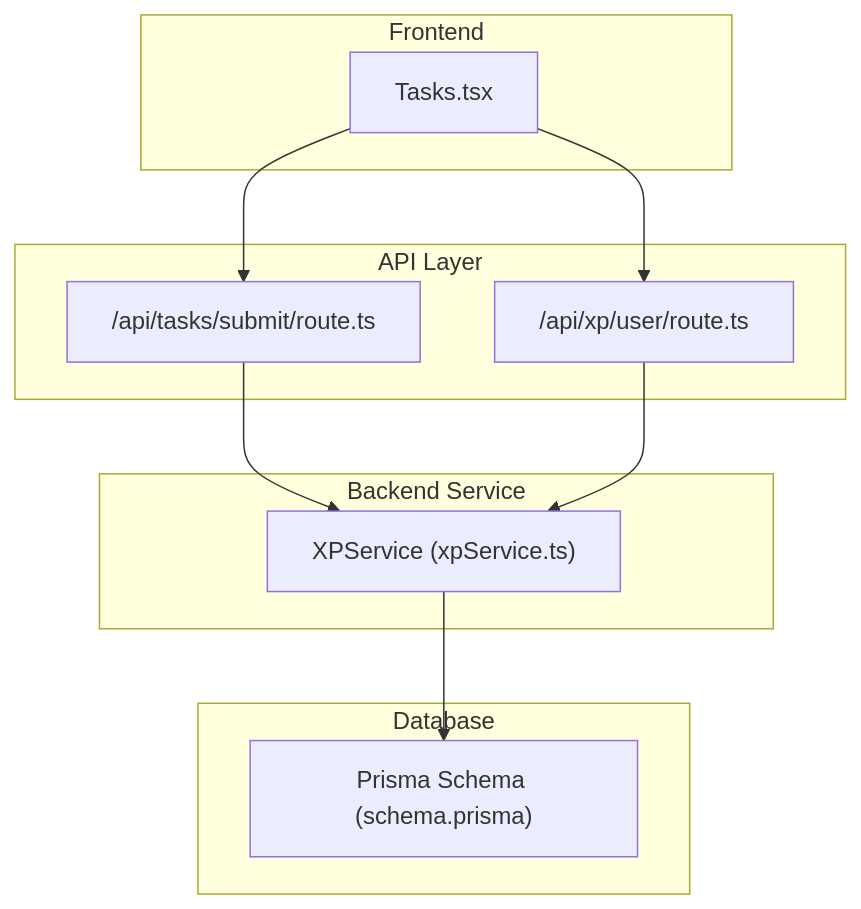
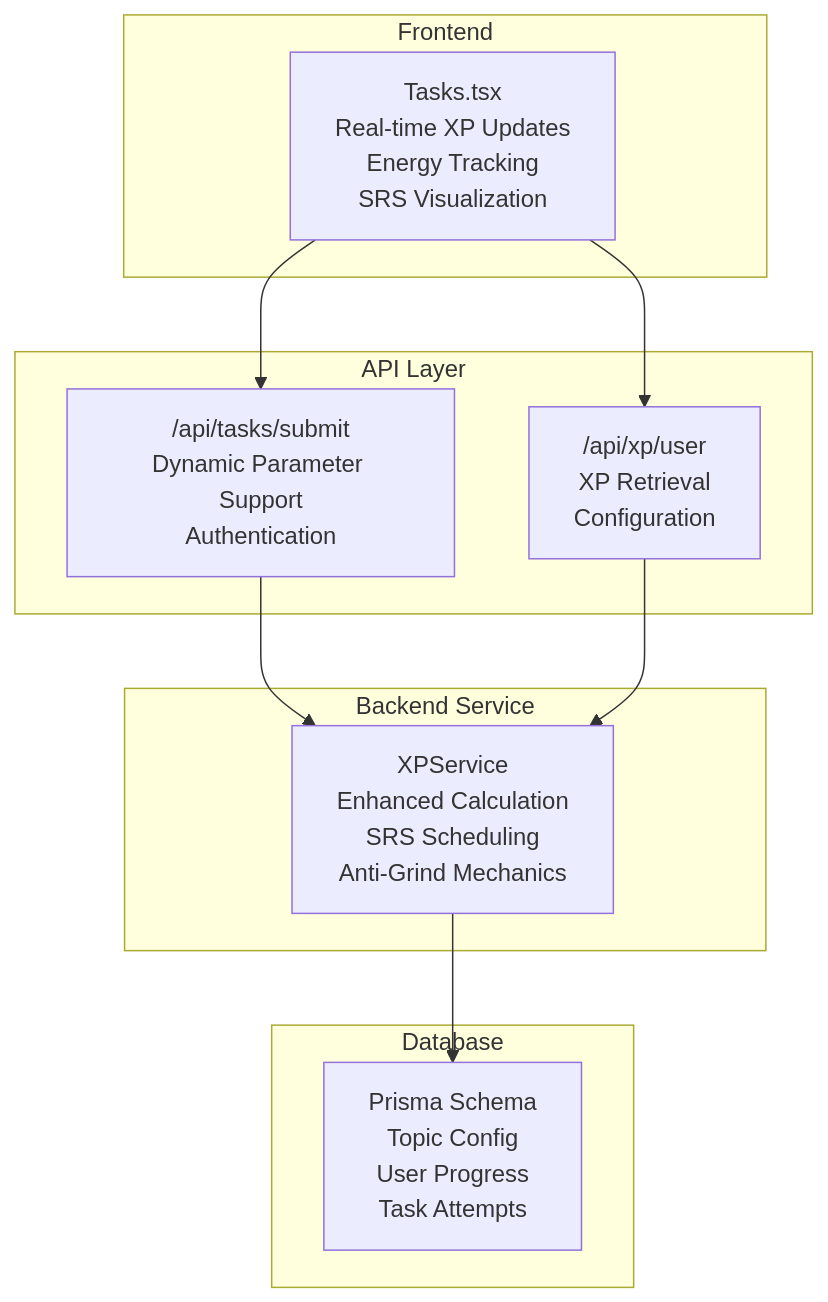
Before and after one commit to AlexKutz/math-app-next-js: the first of 6 diagrams in .qoder/repowiki/en/content/Core Features/Gamification System/XP Calculation Engine.md, drawn with Mermaid. The commit also changed other lines of this file and 9 other files, not shown here.

````diff
--- a/.qoder/repowiki/en/content/Core Features/Gamification System/XP Calculation Engine.md
+++ b/.qoder/repowiki/en/content/Core Features/Gamification System/XP Calculation Engine.md
@@ -35,21 +49,21 @@
 ```mermaid
 graph TB
 subgraph "Frontend"
-UI_Tasks["Tasks.tsx"]
+UI_Tasks["Tasks.tsx<br/>Real-time XP Updates<br/>Energy Tracking<br/>SRS Visualization"]
 end
 subgraph "API Layer"
-API_Submit["/api/tasks/submit/route.ts"]
-API_XP["/api/xp/user/route.ts"]
+API_Submit["/api/tasks/submit<br/>Dynamic Parameter Support<br/>Authentication"]
+API_XP["/api/xp/user<br/>XP Retrieval<br/>Configuration"]
 end
 subgraph "Backend Service"
-SVC["XPService (xpService.ts)"]
+SVC["XPService<br/>Enhanced Calculation<br/>SRS Scheduling<br/>Anti-Grind Mechanics"]
 end
 subgraph "Database"
-PRISMA["Prisma Schema (schema.prisma)"]
+PRISMA["Prisma Schema<br/>Topic Config<br/>User Progress<br/>Task Attempts"]
 end
 UI_Tasks --> API_Submit
 UI_Tasks --> API_XP
 API_Submit --> SVC
 API_XP --> SVC
 SVC --> PRISMA
 ```
````
